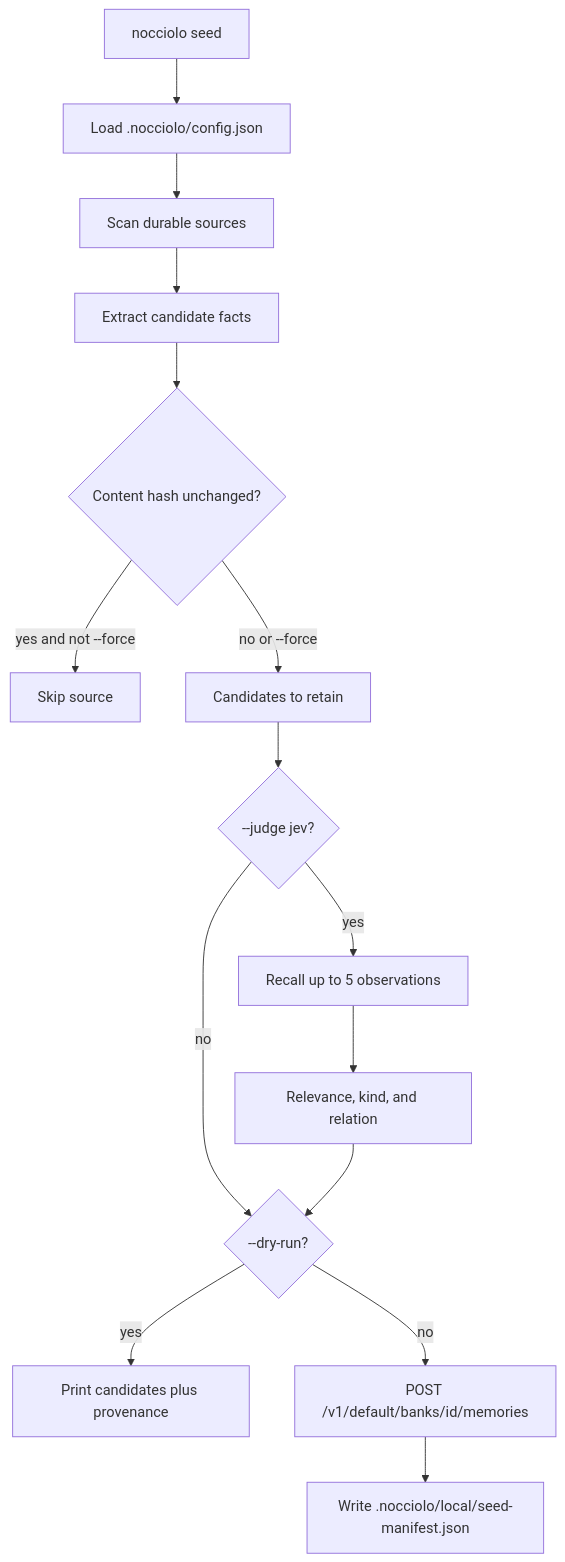
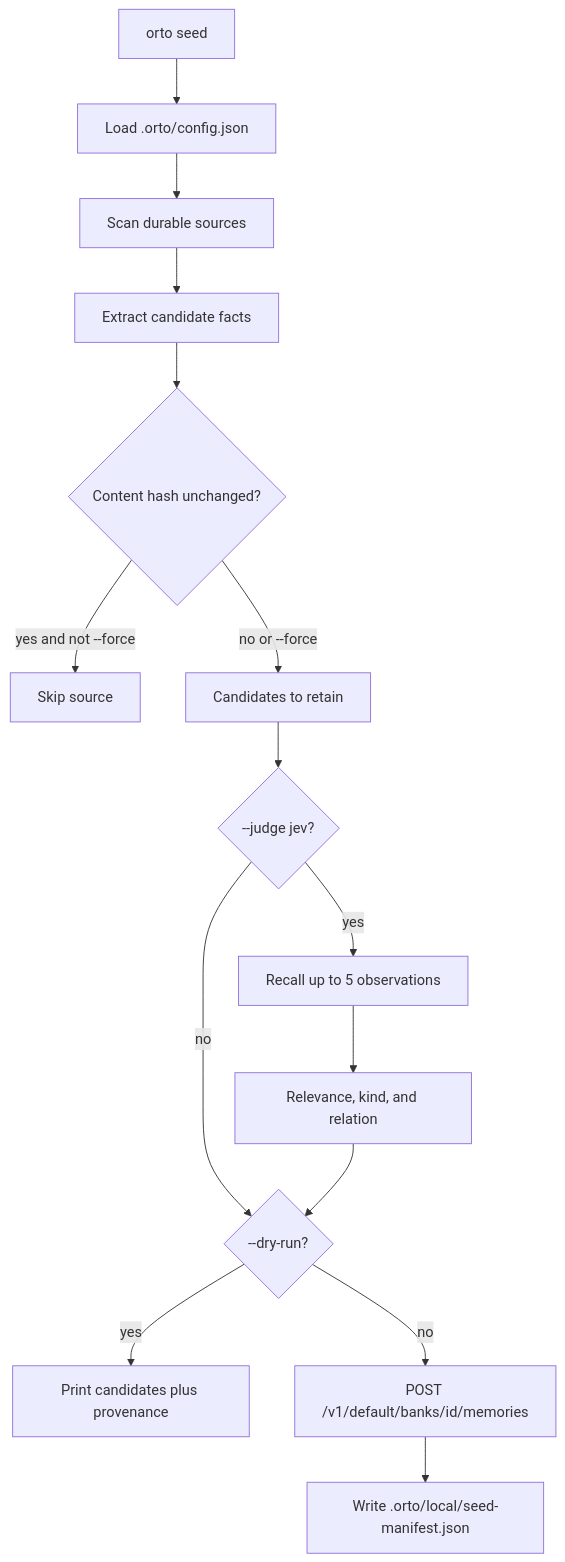
One commit to zanuka/nocciolo changed the second of 2 diagrams in docs/cli-architecture.md. Above: the diagram before and after it, drawn with Mermaid. The commit also changed other lines of this file and 118 other files, not shown here.

First line of the commit message:
Rename Nocciolo to Orto across the CLI, package, config dir, env vars, and docs.

````diff
--- a/docs/cli-architecture.md
+++ b/docs/cli-architecture.md
@@ -77,17 +77,17 @@
 ```mermaid
 flowchart TD
-  start[nocciolo seed] --> loadCfg[Load .nocciolo/config.json]
+  start[orto seed] --> loadCfg[Load .orto/config.json]
   loadCfg --> findSources[Scan durable sources]
   findSources --> extract[Extract candidate facts]
   extract --> hashCheck{Content hash unchanged?}
   hashCheck -->|yes and not --force| skip[Skip source]
   hashCheck -->|no or --force| candidates[Candidates to retain]
   candidates --> judge{--judge jev?}
   judge -->|no| dry{--dry-run?}
   judge -->|yes| recallObs[Recall up to 5 observations]
   recallObs --> relevance[Relevance, kind, and relation]
   relevance --> dry
   dry -->|yes| preview[Print candidates plus provenance]
   dry -->|no| retain[POST /v1/default/banks/id/memories]
-  retain --> manifest[Write .nocciolo/local/seed-manifest.json]
+  retain --> manifest[Write .orto/local/seed-manifest.json]
 ```
````
